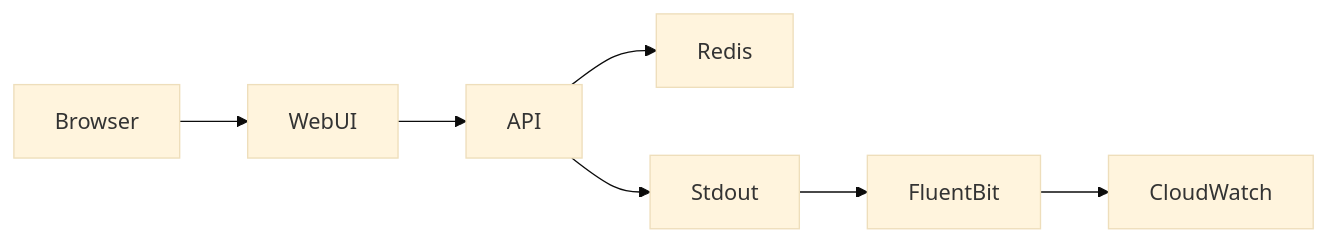
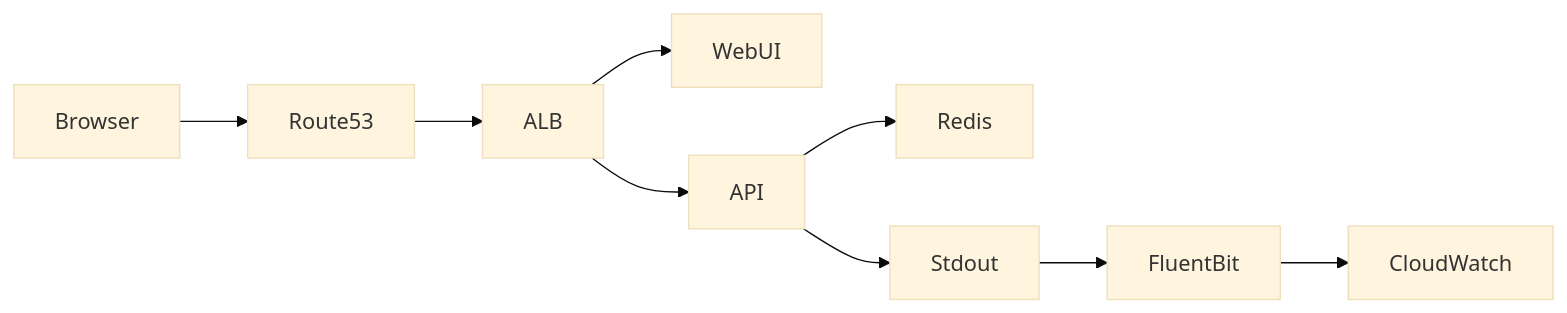
The first of 2 diagrams in docs/architecture.md (yrachakonda/nodejs-weather-docker-poc), drawn with Mermaid (base theme) before and after one commit. The commit also changed other lines of this file and 5 other files, not shown here.

````diff
--- a/docs/architecture.md
+++ b/docs/architecture.md
@@ -3,9 +5,11 @@
 ```mermaid
 flowchart LR
-  Browser-->WebUI
-  WebUI-->API
-  API-->Redis
-  API-->Stdout
-  Stdout-->FluentBit
-  FluentBit-->CloudWatch
+  Browser --> Route53
+  Route53 --> ALB
+  ALB --> WebUI
+  ALB --> API
+  API --> Redis
+  API --> Stdout
+  Stdout --> FluentBit
+  FluentBit --> CloudWatch
 ```
````
